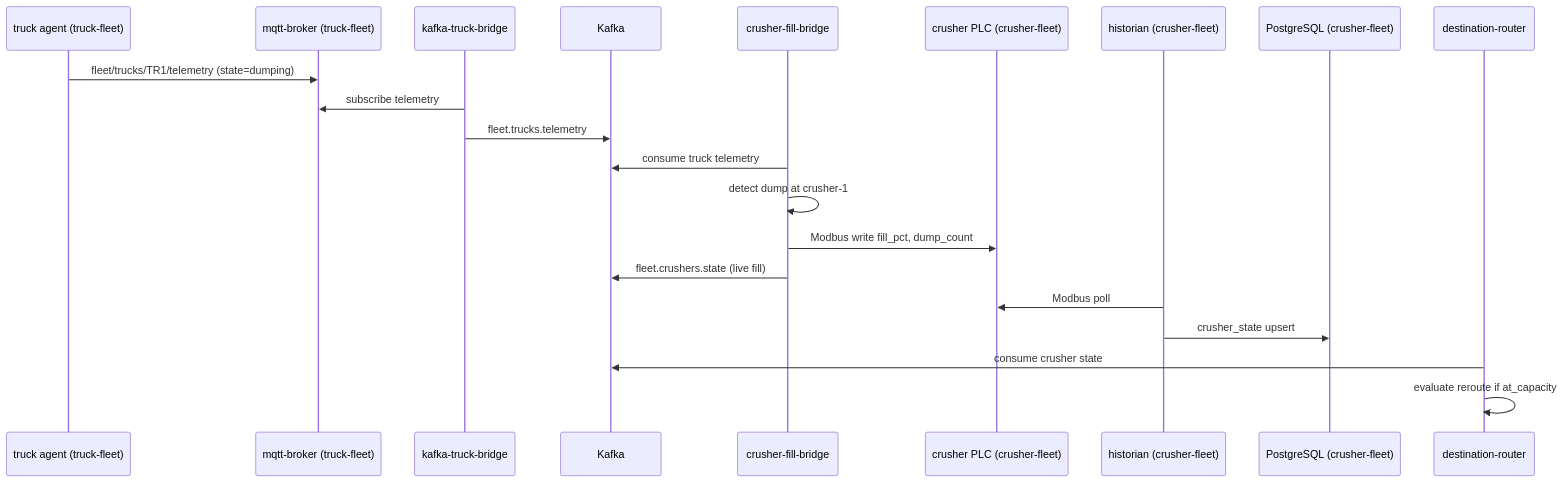
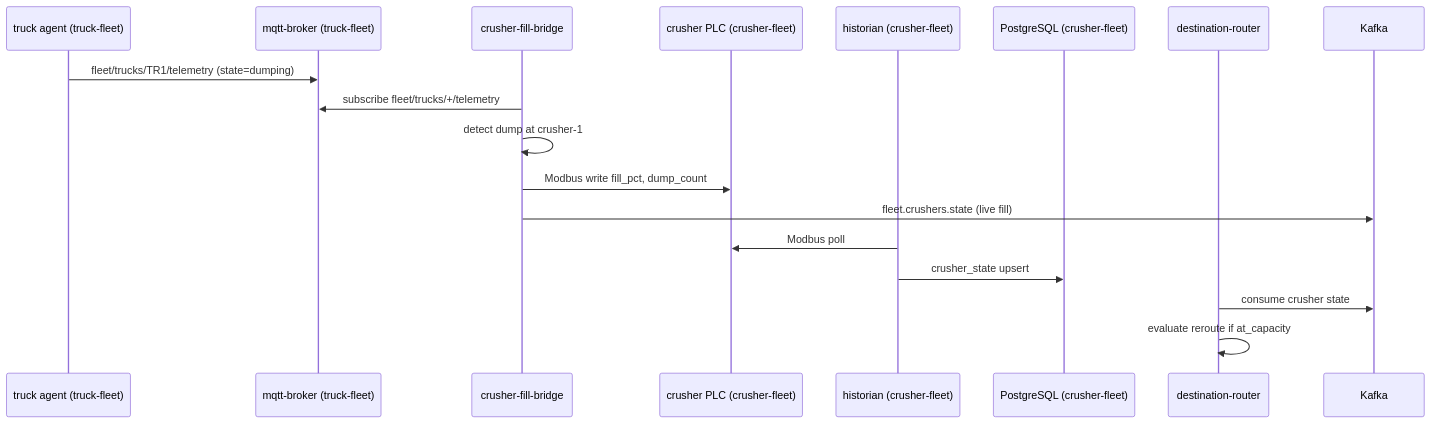
Before and after one commit to SimonDelord/alleo-work: the first of 2 diagrams in docs/mining-fleet/fleet-integration/README.md, drawn with Mermaid. The commit also changed other lines of this file and 5 other files, not shown here.

Commit message:
refactor(fleet-integration): crusher-fill-bridge subscribes MQTT directly

````diff
--- a/docs/mining-fleet/fleet-integration/README.md
+++ b/docs/mining-fleet/fleet-integration/README.md
@@ -52,24 +52,21 @@
 ```mermaid
 sequenceDiagram
     participant TR as truck agent (truck-fleet)
     participant MQTT as mqtt-broker (truck-fleet)
-    participant KTB as kafka-truck-bridge
-    participant K as Kafka
     participant CFB as crusher-fill-bridge
     participant PLC as crusher PLC (crusher-fleet)
     participant H as historian (crusher-fleet)
     participant PG as PostgreSQL (crusher-fleet)
     participant DR as destination-router
+    participant K as Kafka
 
     TR->>MQTT: fleet/trucks/TR1/telemetry (state=dumping)
-    KTB->>MQTT: subscribe telemetry
-    KTB->>K: fleet.trucks.telemetry
-    CFB->>K: consume truck telemetry
+    CFB->>MQTT: subscribe fleet/trucks/+/telemetry
     CFB->>CFB: detect dump at crusher-1
     CFB->>PLC: Modbus write fill_pct, dump_count
     CFB->>K: fleet.crushers.state (live fill)
     H->>PLC: Modbus poll
     H->>PG: crusher_state upsert
     DR->>K: consume crusher state
     DR->>DR: evaluate reroute if at_capacity
 ```
````
